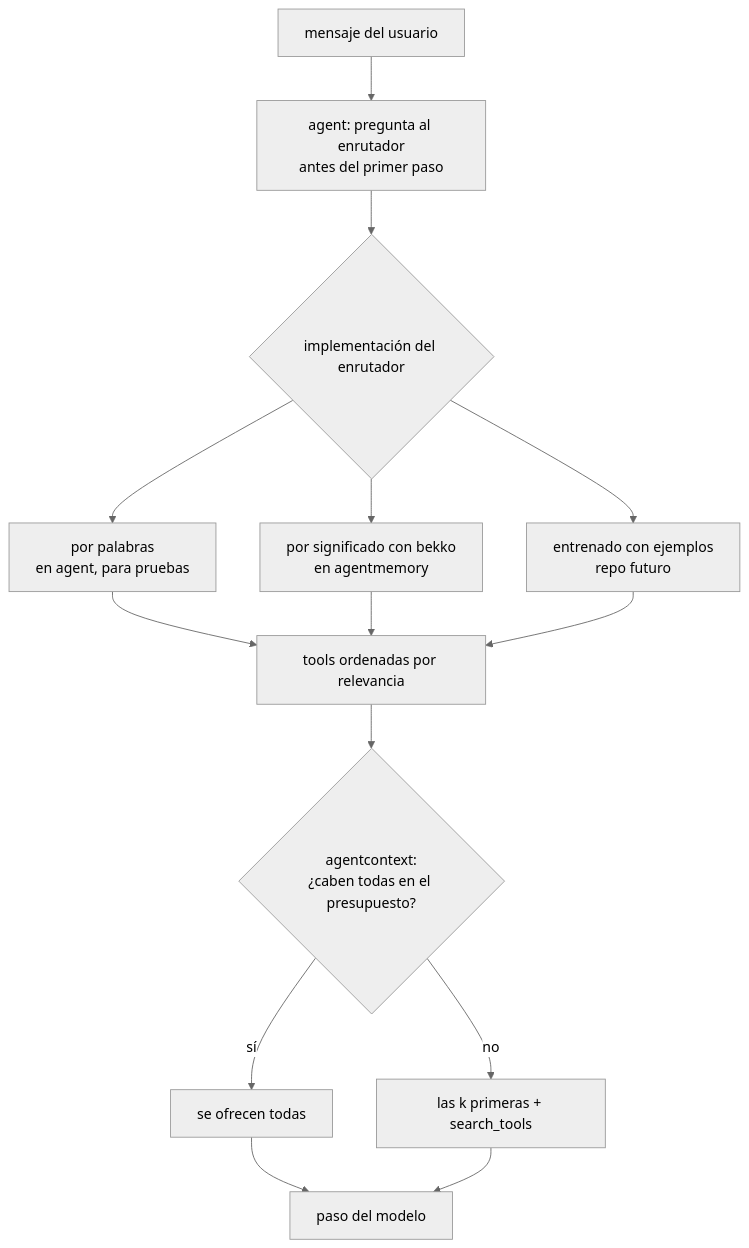
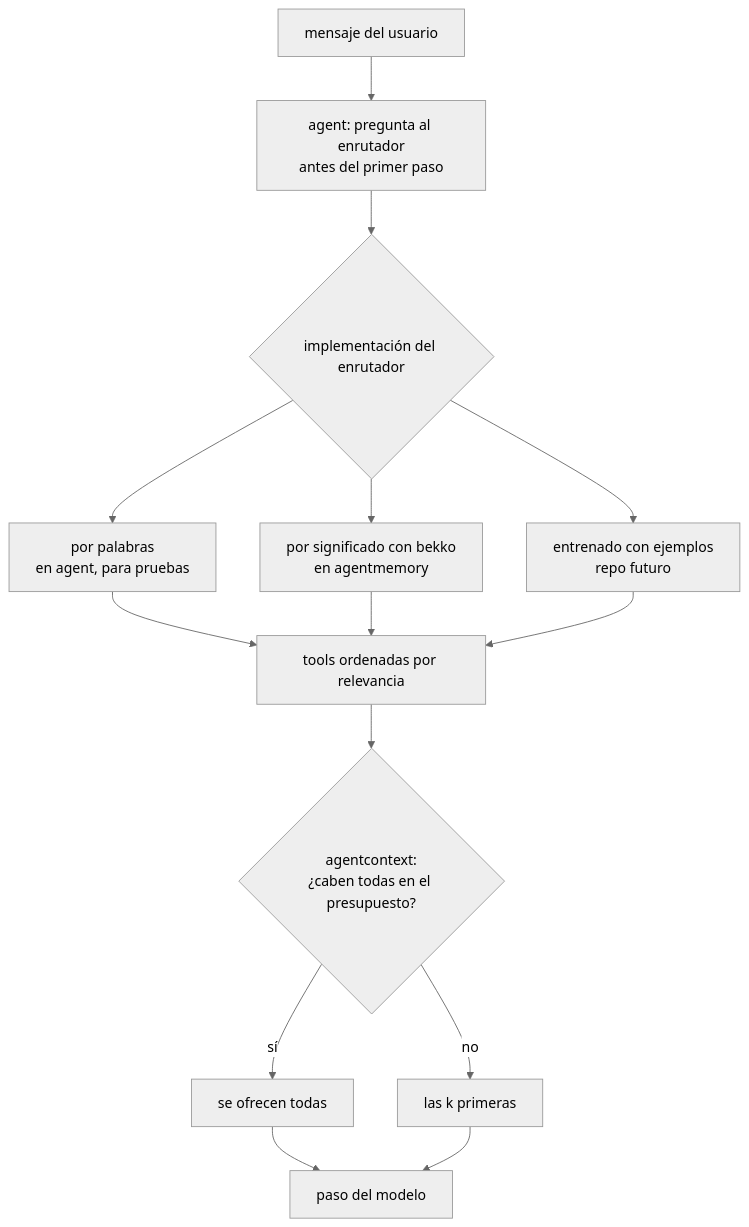
One commit to webtyp/agent changed the fifth of 6 diagrams in docs/diagrams/ECOSYSTEM_MAP.md. Above: the diagram before and after it, drawn with Mermaid (neutral theme). The commit also changed other lines of this file and 15 other files, not shown here.

````diff
--- a/docs/diagrams/ECOSYSTEM_MAP.md
+++ b/docs/diagrams/ECOSYSTEM_MAP.md
@@ -131,16 +132,16 @@
 ```mermaid
 flowchart TD
     MSG[mensaje del usuario] --> ASK[agent: pregunta al enrutador<br/>antes del primer paso]
     ASK --> ROUTER{implementación del enrutador}
     ROUTER --> KW[por palabras<br/>en agent, para pruebas]
     ROUTER --> SEM[por significado con bekko<br/>en agentmemory]
     ROUTER --> TRAINED[entrenado con ejemplos<br/>repo futuro]
     KW --> RANK[tools ordenadas por relevancia]
     SEM --> RANK
     TRAINED --> RANK
     RANK --> FIT{agentcontext:<br/>¿caben todas en el presupuesto?}
     FIT -- sí --> ALL[se ofrecen todas]
-    FIT -- no --> TOP[las k primeras + search_tools]
+    FIT -- no --> TOP[las k primeras]
     ALL --> MODEL[paso del modelo]
     TOP --> MODEL
 ```
````
